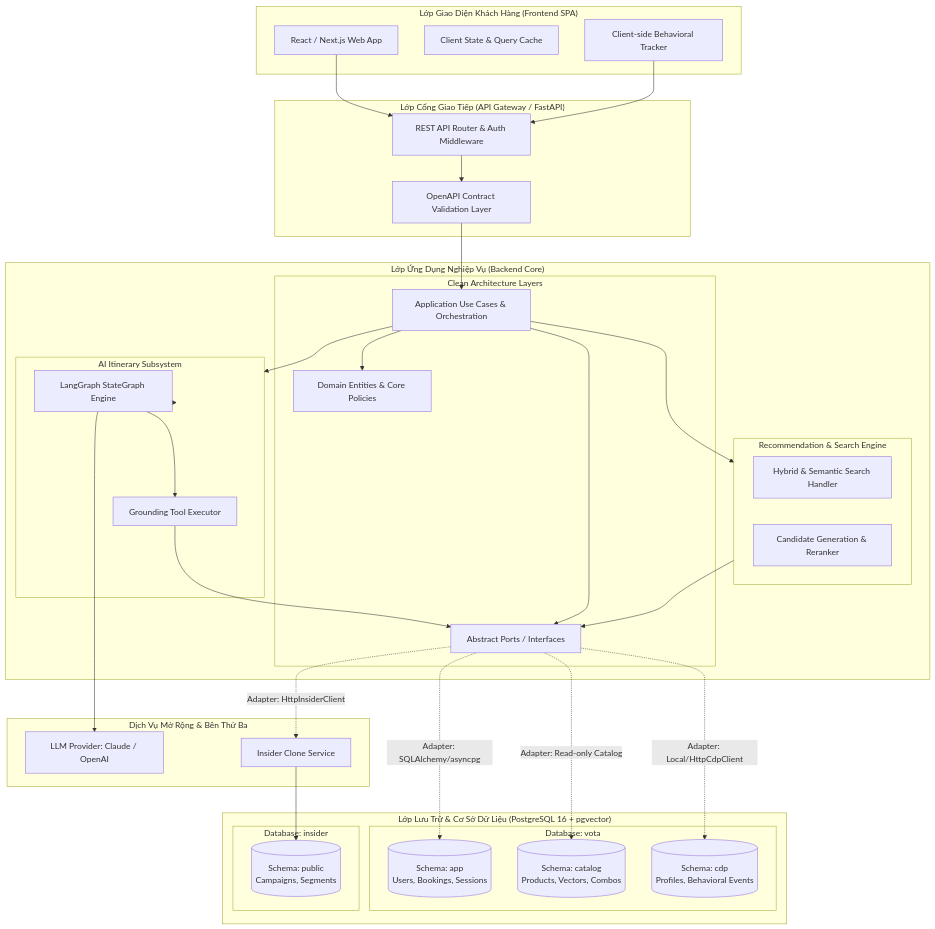
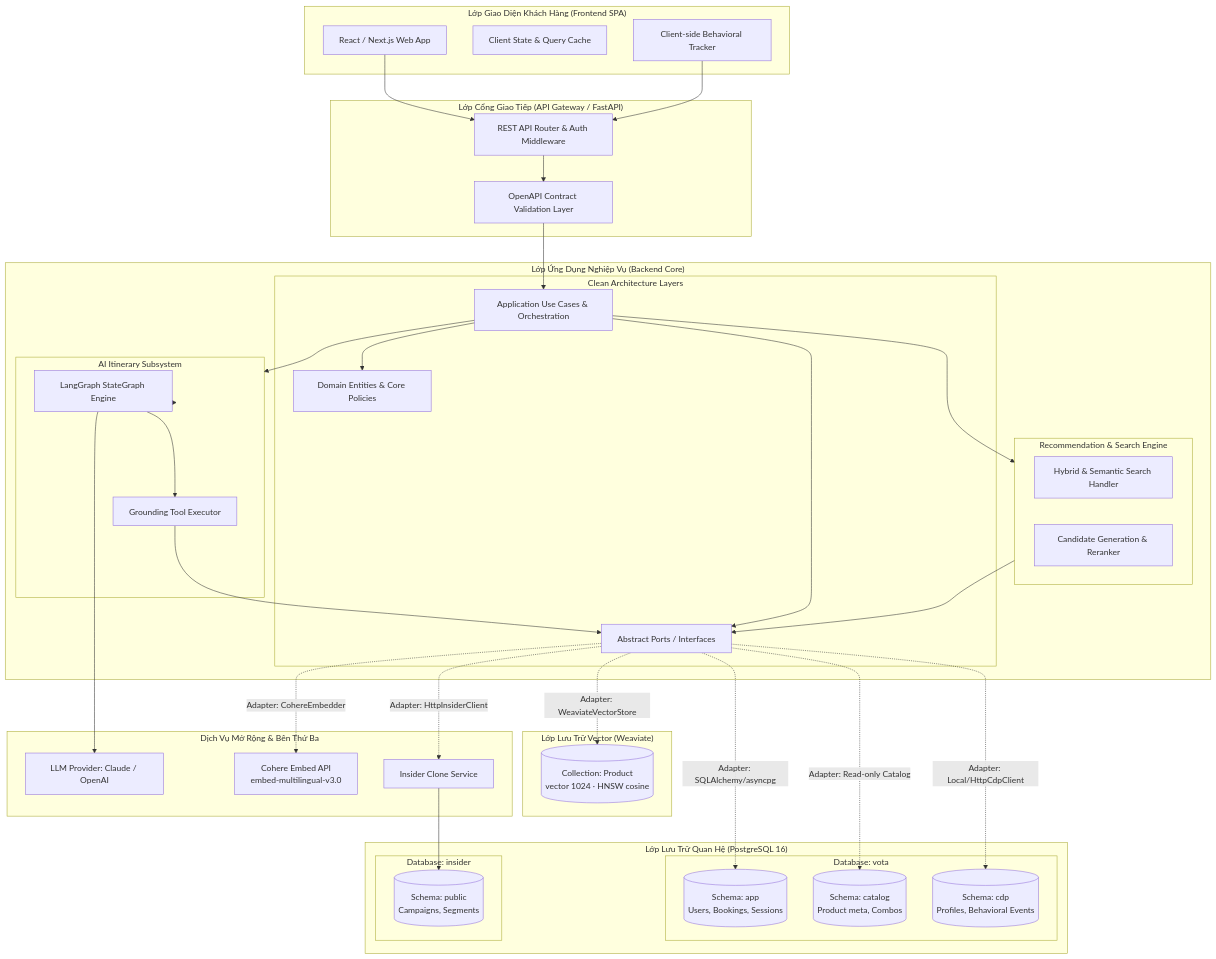
Before and after one commit to NguyenNhat4/Travel-Recommend-System: the first of 2 diagrams in docs/prd/architecture.md, drawn with Mermaid. The commit also changed other lines of this file and 18 other files, not shown here.

Commit message:
refactor: migrate product vector store from pgvector to Weaviate using Cohere embeddings

````diff
--- a/docs/prd/architecture.md
+++ b/docs/prd/architecture.md
@@ -11,70 +11,77 @@
 ```mermaid
 flowchart TB
     subgraph Client["Lớp Giao Diện Khách Hàng (Frontend SPA)"]
         UI[React / Next.js Web App]
         State[Client State & Query Cache]
         Tracker[Client-side Behavioral Tracker]
     end
 
     subgraph Gateway["Lớp Cổng Giao Tiếp (API Gateway / FastAPI)"]
         Router[REST API Router & Auth Middleware]
         Contract[OpenAPI Contract Validation Layer]
     end
 
     subgraph BackendApp["Lớp Ứng Dụng Nghiệp Vụ (Backend Core)"]
         subgraph CleanArch["Clean Architecture Layers"]
             Domain[Domain Entities & Core Policies]
             UseCase[Application Use Cases & Orchestration]
             Ports[Abstract Ports / Interfaces]
         end
         
         subgraph AIAgent["AI Itinerary Subsystem"]
             LG[LangGraph StateGraph Engine]
             Tools[Grounding Tool Executor]
         end
         
         subgraph RecEngine["Recommendation & Search Engine"]
             HybridSearch[Hybrid & Semantic Search Handler]
             CandidateGen[Candidate Generation & Reranker]
         end
     end
 
-    subgraph Storage["Lớp Lưu Trữ & Cơ Sở Dữ Liệu (PostgreSQL 16 + pgvector)"]
+    subgraph Storage["Lớp Lưu Trữ Quan Hệ (PostgreSQL 16)"]
         subgraph VOTA_DB["Database: vota"]
             AppSchema[(Schema: app\nUsers, Bookings, Sessions)]
-            CatalogSchema[(Schema: catalog\nProducts, Vectors, Combos)]
+            CatalogSchema[(Schema: catalog\nProduct meta, Combos)]
             CdpSchema[(Schema: cdp\nProfiles, Behavioral Events)]
         end
         
         subgraph INSIDER_DB["Database: insider"]
             InsiderSchema[(Schema: public\nCampaigns, Segments)]
         end
     end
 
+    subgraph VectorStore["Lớp Lưu Trữ Vector (Weaviate)"]
+        WvProduct[(Collection: Product\nvector 1024 · HNSW cosine)]
+    end
+
     subgraph External["Dịch Vụ Mở Rộng & Bên Thứ Ba"]
         LLM[LLM Provider: Claude / OpenAI]
+        Cohere[Cohere Embed API\nembed-multilingual-v3.0]
         InsiderSvc[Insider Clone Service]
     end
 
     UI --> Router
     Tracker --> Router
     Router --> Contract
     Contract --> UseCase
     UseCase --> Domain
     UseCase --> AIAgent
     UseCase --> RecEngine
     
     AIAgent --> LG
     LG --> Tools
     Tools --> Ports
     LG --> LLM
 
     RecEngine --> Ports
     UseCase --> Ports
 
     Ports -.->|Adapter: SQLAlchemy/asyncpg| AppSchema
     Ports -.->|Adapter: Read-only Catalog| CatalogSchema
     Ports -.->|Adapter: Local/HttpCdpClient| CdpSchema
     Ports -.->|Adapter: HttpInsiderClient| InsiderSvc
+    Ports -.->|Adapter: CohereEmbedder| Cohere
+    Ports -.->|Adapter: WeaviateVectorStore| WvProduct
     InsiderSvc --> InsiderSchema
 ```
````
